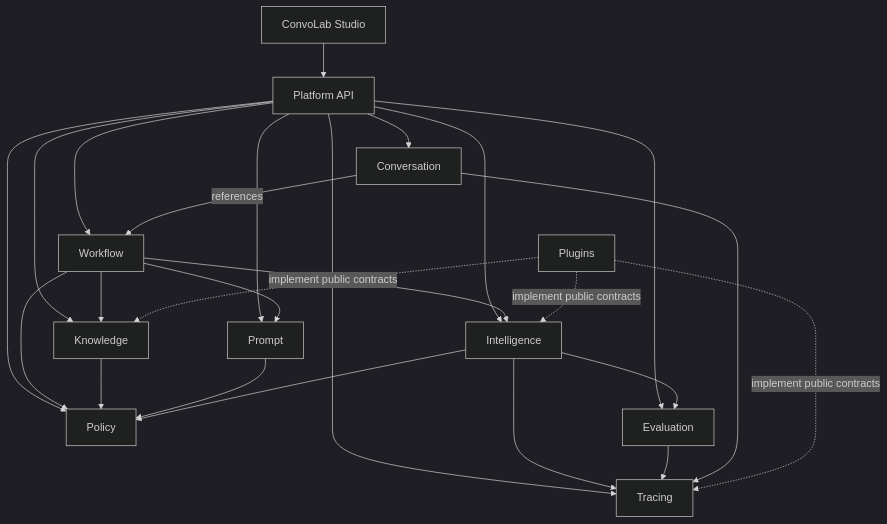
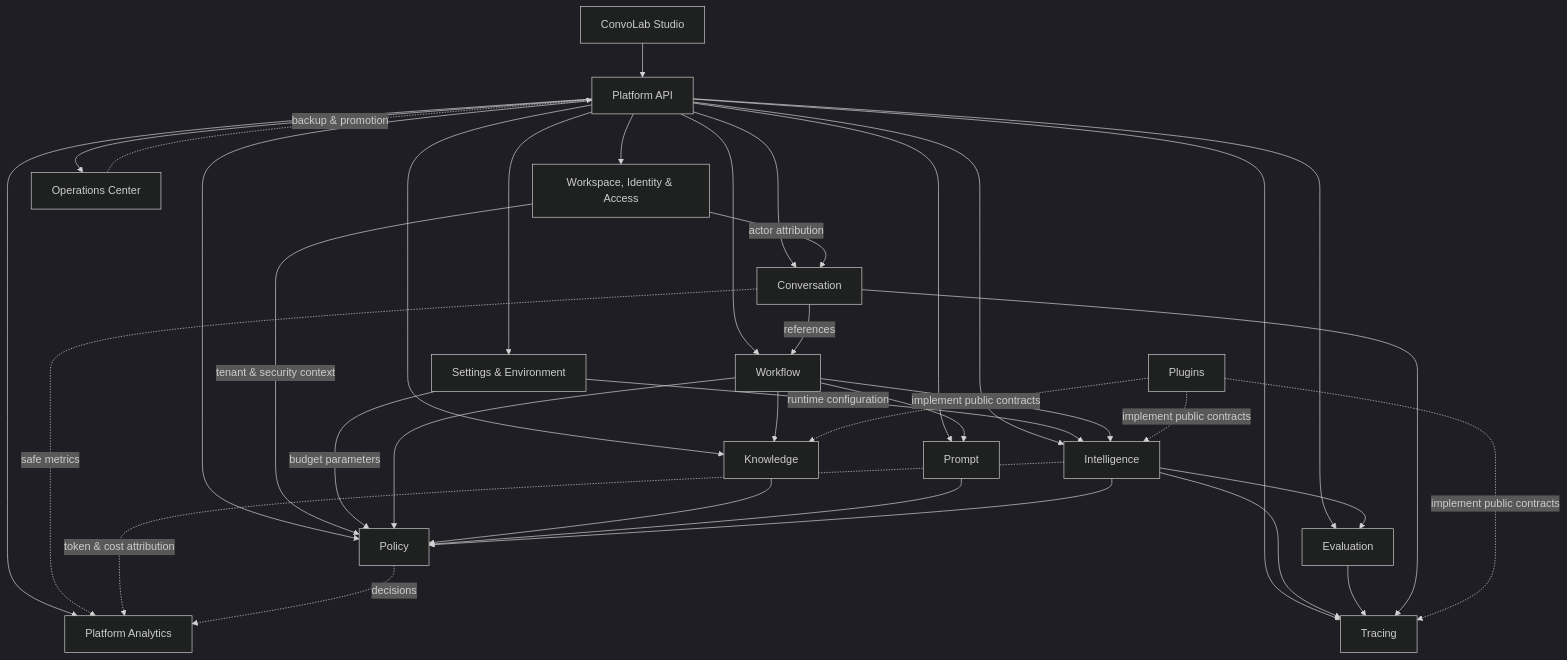
The diagram in docs/CapabilityMap.md (kevinkutoane/convolab), drawn with Mermaid (dark theme) before and after one commit. The commit also changed 10 other files, not shown here.

Commit message:
docs: add comprehensive architecture documentation, capabilities, and system diagrams

````diff
--- a/docs/CapabilityMap.md
+++ b/docs/CapabilityMap.md
@@ -44,28 +44,43 @@
 ```mermaid
 flowchart TD
     Studio[ConvoLab Studio] --> API[Platform API]
+    API --> IAM[Workspace, Identity & Access]
     API --> Conversation
     API --> Workflow
     API --> Prompt
     API --> Knowledge
     API --> Intelligence
     API --> Policy
     API --> Evaluation
     API --> Tracing
+    API --> Analytics[Platform Analytics]
+    API --> Operations[Operations Center]
+    API --> Settings[Settings & Environment]
+
+    IAM -->|tenant & security context| Policy
+    IAM -->|actor attribution| Conversation
+    Settings -->|runtime configuration| Intelligence
+    Settings -->|budget parameters| Policy
 
     Conversation -->|references| Workflow
     Workflow --> Prompt
     Workflow --> Knowledge
     Workflow --> Intelligence
     Workflow --> Policy
     Knowledge --> Policy
     Prompt --> Policy
     Intelligence --> Policy
     Intelligence --> Evaluation
     Intelligence --> Tracing
     Evaluation --> Tracing
     Conversation --> Tracing
+    
+    Conversation -. safe metrics .-> Analytics
+    Intelligence -. token & cost attribution .-> Analytics
+    Policy -. decisions .-> Analytics
+    Operations -. backup & promotion .-> API
+
     Plugins -. implement public contracts .-> Knowledge
     Plugins -. implement public contracts .-> Intelligence
     Plugins -. implement public contracts .-> Tracing
 ```
````
